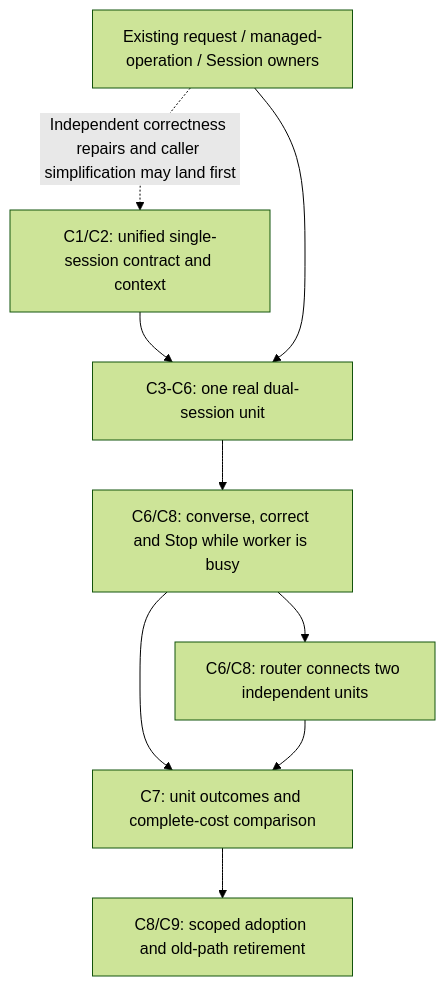
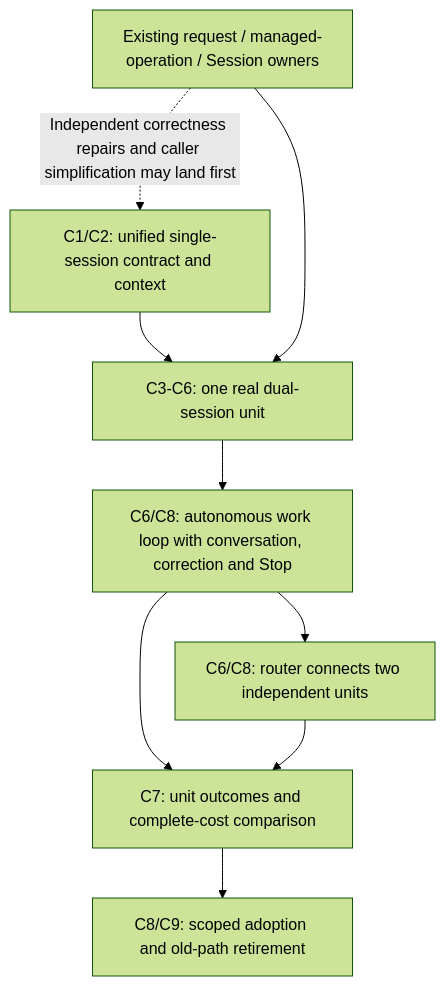
Before and after one commit to loopx-project/loopx: the ninth of 9 diagrams in docs/architecture/rfcs/controller-executor-unified-contract-v0.md, drawn with Mermaid (forest theme). The commit also changed other lines of this file and 3 other files, not shown here.

````diff
--- a/docs/architecture/rfcs/controller-executor-unified-contract-v0.md
+++ b/docs/architecture/rfcs/controller-executor-unified-contract-v0.md
@@ -908,11 +982,11 @@
 ```mermaid
 flowchart TB
   C1[C1/C2: unified single-session contract and context] --> U[C3-C6: one real dual-session unit]
   F[Existing request / managed-operation / Session owners] --> U
-  U --> I[C6/C8: converse, correct and Stop while worker is busy]
+  U --> I[C6/C8: autonomous work loop with conversation, correction and Stop]
   I --> R[C6/C8: router connects two independent units]
   I --> E[C7: unit outcomes and complete-cost comparison]
   R --> E
   E --> Q[C8/C9: scoped adoption and old-path retirement]
   F -.Independent correctness repairs and caller simplification may land first.-> C1
 ```
````
